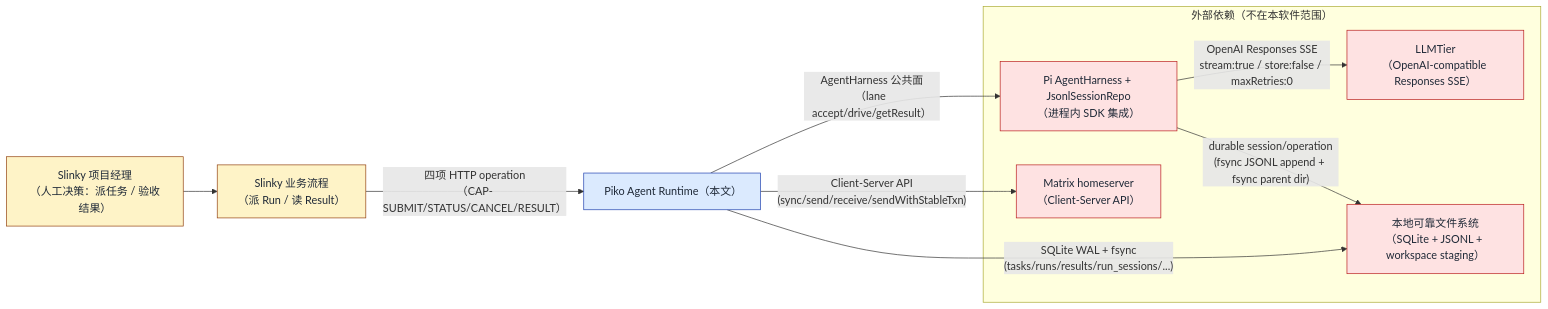
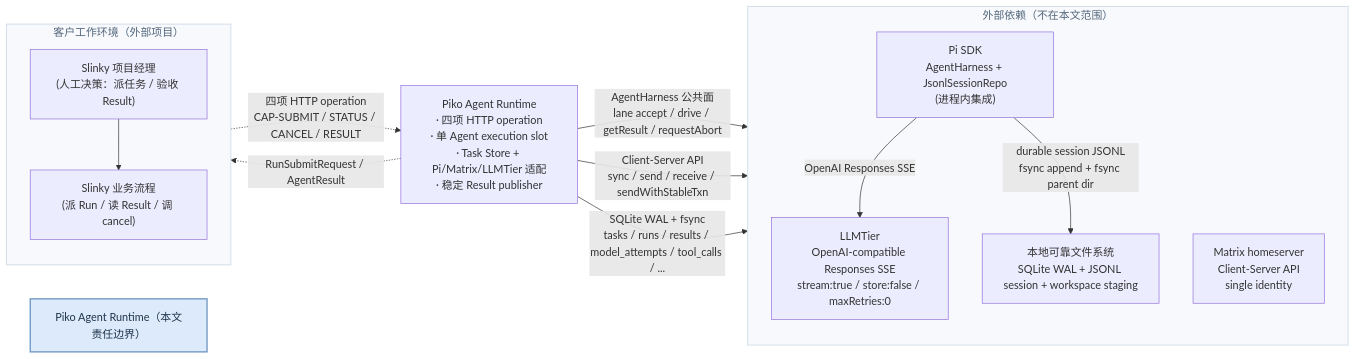
Before and after one commit to corezilla/piko: the second of 9 diagrams in docs/20_system_design/piko-system-design.md, drawn with Mermaid. The commit also changed other lines of this file, not shown here.

First line of the commit message:
docs(std): align §2.1.2 + §3.1 with STD example diagram conventions

````diff
--- a/docs/20_system_design/piko-system-design.md
+++ b/docs/20_system_design/piko-system-design.md
@@ -76,25 +78,32 @@
 ```mermaid
 flowchart LR
-  classDef user fill:#fef3c7,stroke:#92400e,color:#1f2937
-  classDef piko fill:#dbeafe,stroke:#1e40af,color:#1f2937
-  classDef ext fill:#fee2e2,stroke:#b91c1c,color:#1f2937
-
-  USER["Slinky 项目经理<br/>（人工决策：派任务 / 验收结果）"]:::user
-  SLINKY["Slinky 业务流程<br/>（派 Run / 读 Result）"]:::user
-  P["Piko Agent Runtime（本文）"]:::piko
-
-  subgraph EXT["外部依赖（不在本软件范围）"]
-    PI["Pi AgentHarness + JsonlSessionRepo<br/>（进程内 SDK 集成）"]:::ext
-    LLMTier["LLMTier<br/>（OpenAI-compatible Responses SSE）"]:::ext
-    Matrix["Matrix homeserver<br/>（Client-Server API）"]:::ext
-    FS["本地可靠文件系统<br/>（SQLite + JSONL + workspace staging）"]:::ext
+  subgraph USER_ZONE["客户工作环境（外部项目）"]
+    direction TB
+    USER["Slinky 项目经理<br/>(人工决策：派任务 / 验收 Result)"]
+    SLINKY["Slinky 业务流程<br/>(派 Run / 读 Result / 调 cancel)"]
+    USER --> SLINKY
   end
 
-  USER --> SLINKY
-  SLINKY -- "四项 HTTP operation<br/>（CAP-SUBMIT/STATUS/CANCEL/RESULT）" --> P
-  P -- "AgentHarness 公共面<br/>（lane accept/drive/getResult）" --> PI
-  PI -- "OpenAI Responses SSE<br/>stream:true / store:false / maxRetries:0" --> LLMTier
-  P -- "Client-Server API<br/>(sync/send/receive/sendWithStableTxn)" --> Matrix
-  PI -- "durable session/operation<br/>(fsync JSONL append + fsync parent dir)" --> FS
-  P -- "SQLite WAL + fsync<br/>(tasks/runs/results/run_sessions/...)" --> FS
+  PIKO_ZONE["Piko Agent Runtime（本文责任边界）"]
+  P["Piko Agent Runtime<br/>· 四项 HTTP operation<br/>· 单 Agent execution slot<br/>· Task Store + Pi/Matrix/LLMTier 适配<br/>· 稳定 Result publisher"]
+
+  subgraph EXT_ZONE["外部依赖（不在本文范围）"]
+    direction TB
+    PI["Pi SDK<br/>AgentHarness + JsonlSessionRepo<br/>(进程内集成)"]
+    LLMTier["LLMTier<br/>OpenAI-compatible Responses SSE<br/>stream:true / store:false / maxRetries:0"]
+    Matrix["Matrix homeserver<br/>Client-Server API<br/>single identity"]
+    FS["本地可靠文件系统<br/>SQLite WAL + JSONL session + workspace staging"]
+  end
+
+  style PIKO_ZONE fill:#dceafb,stroke:#7299c3,stroke-width:2px,color:#20344b
+  style USER_ZONE fill:#f7f9fc,stroke:#d4e0eb,stroke-width:1.5px,color:#53667b
+  style EXT_ZONE fill:#f7f9fc,stroke:#d4e0eb,stroke-width:1.5px,color:#53667b
+
+  SLINKY -. "四项 HTTP operation<br/>CAP-SUBMIT / STATUS / CANCEL / RESULT" .-> P
+  P -. "RunSubmitRequest / AgentResult" .-> SLINKY
+  P -- "AgentHarness 公共面<br/>lane accept / drive / getResult / requestAbort" --> PI
+  PI -- "OpenAI Responses SSE" --> LLMTier
+  P -- "Client-Server API<br/>sync / send / receive / sendWithStableTxn" --> Matrix
+  PI -- "durable session JSONL<br/>fsync append + fsync parent dir" --> FS
+  P -- "SQLite WAL + fsync<br/>tasks / runs / results / model_attempts / tool_calls / ..." --> FS
 ```
````
